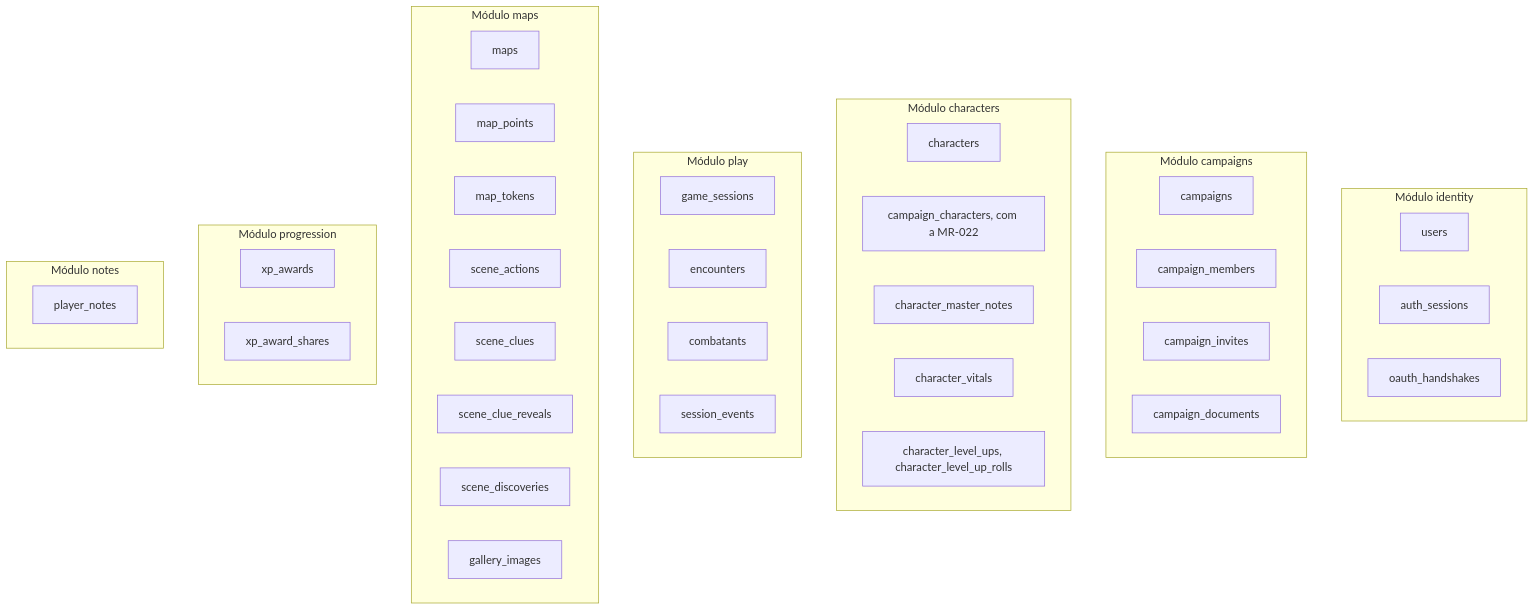
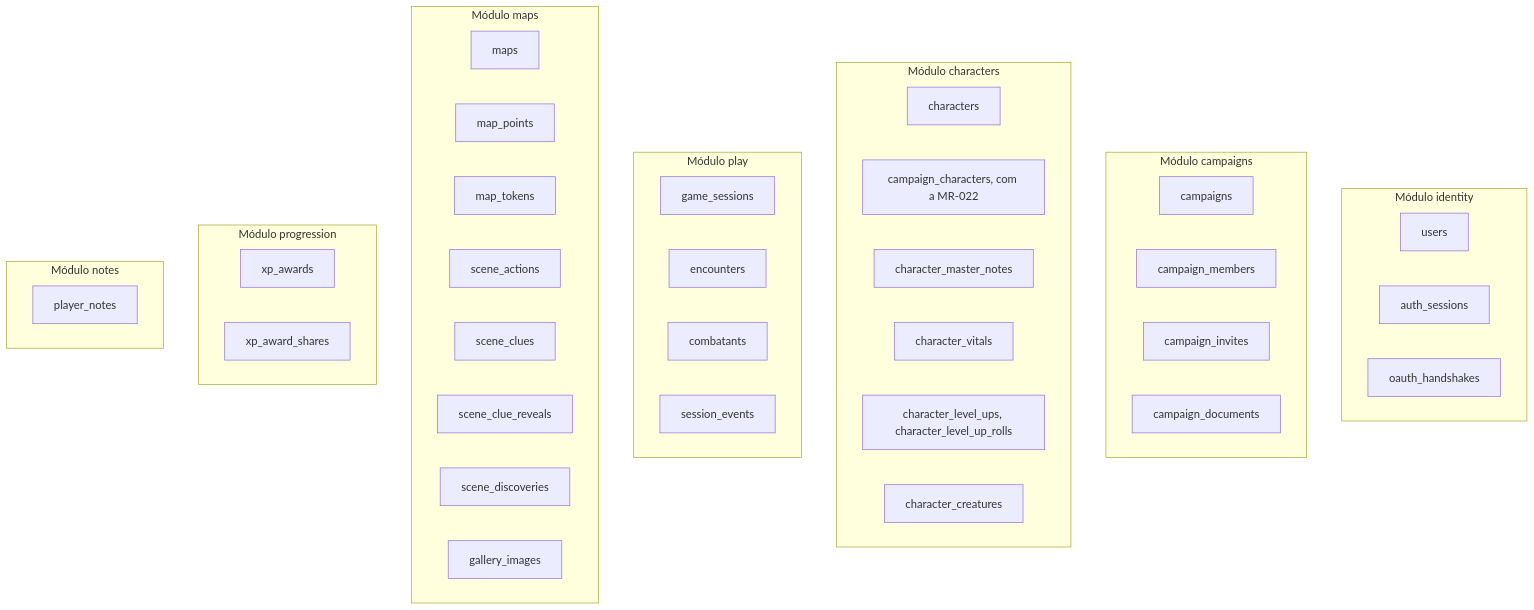
One commit to PuraFome/meuRPG changed the second of 3 diagrams in docs/dados.md. Above: the diagram before and after it, drawn with Mermaid. The commit also changed other lines of this file and 61 other files, not shown here.

First line of the commit message:
feat(characters,play): the character's creatures, summons and creatures in combat (Etapa 9)

````diff
--- a/docs/dados.md
+++ b/docs/dados.md
@@ -303,50 +303,51 @@
 ```mermaid
 flowchart TD
     subgraph identity["Módulo identity"]
         t_users["users"]
         t_auth_sessions["auth_sessions"]
         t_oauth_handshakes["oauth_handshakes"]
     end
 
     subgraph campaigns_mod["Módulo campaigns"]
         t_campaigns["campaigns"]
         t_campaign_members["campaign_members"]
         t_campaign_invites["campaign_invites"]
         t_campaign_documents["campaign_documents"]
     end
 
     subgraph characters_mod["Módulo characters"]
         t_characters["characters"]
         t_campaign_characters["campaign_characters, com a MR-022"]
         t_character_master_notes["character_master_notes"]
         t_character_vitals["character_vitals"]
         t_character_level_ups["character_level_ups, character_level_up_rolls"]
+        t_character_creatures["character_creatures"]
     end
 
     subgraph play["Módulo play"]
         t_game_sessions["game_sessions"]
         t_encounters["encounters"]
         t_combatants["combatants"]
         t_session_events["session_events"]
     end
 
     subgraph maps_mod["Módulo maps"]
         t_maps["maps"]
         t_map_points["map_points"]
         t_map_tokens["map_tokens"]
         t_scene_actions["scene_actions"]
         t_scene_clues["scene_clues"]
         t_scene_clue_reveals["scene_clue_reveals"]
         t_scene_discoveries["scene_discoveries"]
         t_gallery_images["gallery_images"]
     end
 
     subgraph progression["Módulo progression"]
         t_xp_awards["xp_awards"]
         t_xp_award_shares["xp_award_shares"]
     end
 
     subgraph notes_mod["Módulo notes"]
         t_player_notes["player_notes"]
     end
 ```
````
